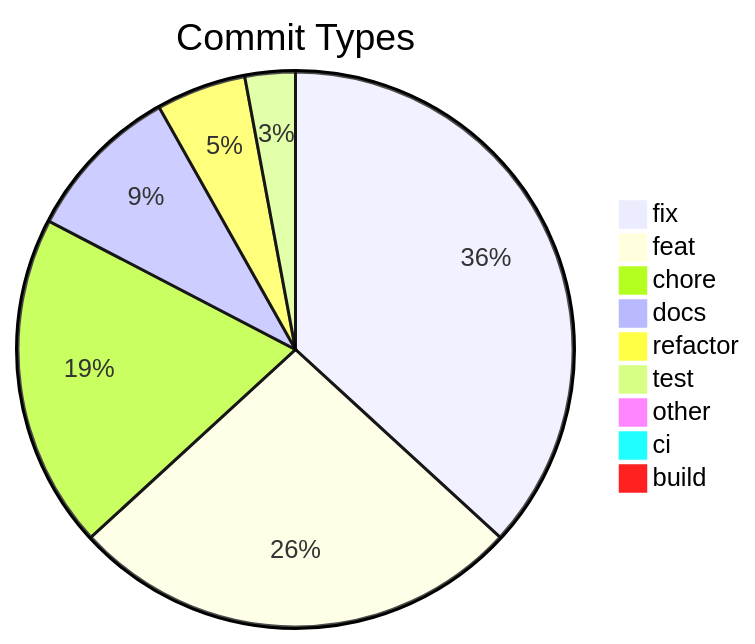
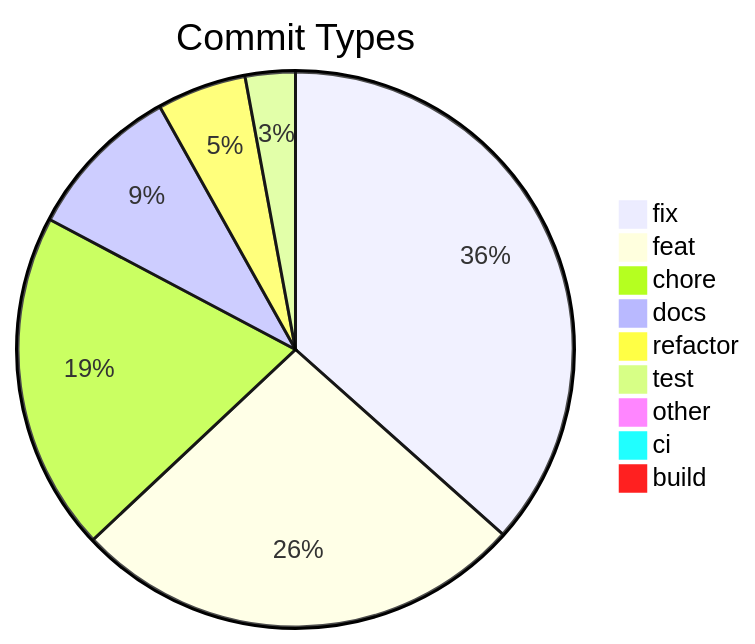
The diagram in .shipwright/compliance/change-history.md (svenroth-ai/shipwright-webui), drawn with Mermaid before and after one commit. The commit also changed other lines of this file and 23 other files, not shown here.

````diff
--- a/.shipwright/compliance/change-history.md
+++ b/.shipwright/compliance/change-history.md
@@ -8,12 +8,12 @@
 ```mermaid
 pie title Commit Types
     "fix" : 176
-    "feat" : 126
-    "chore" : 93
+    "feat" : 127
+    "chore" : 95
     "docs" : 44
     "refactor" : 25
     "test" : 14
     "other" : 4
     "ci" : 3
     "build" : 1
 ```
````
